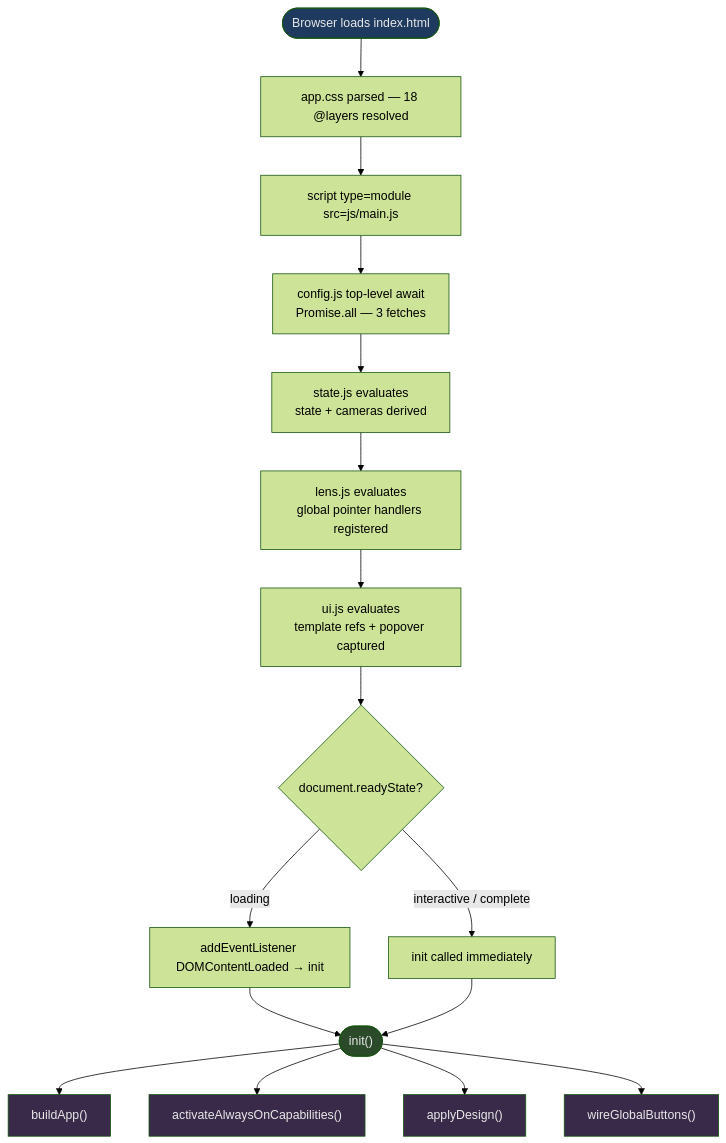
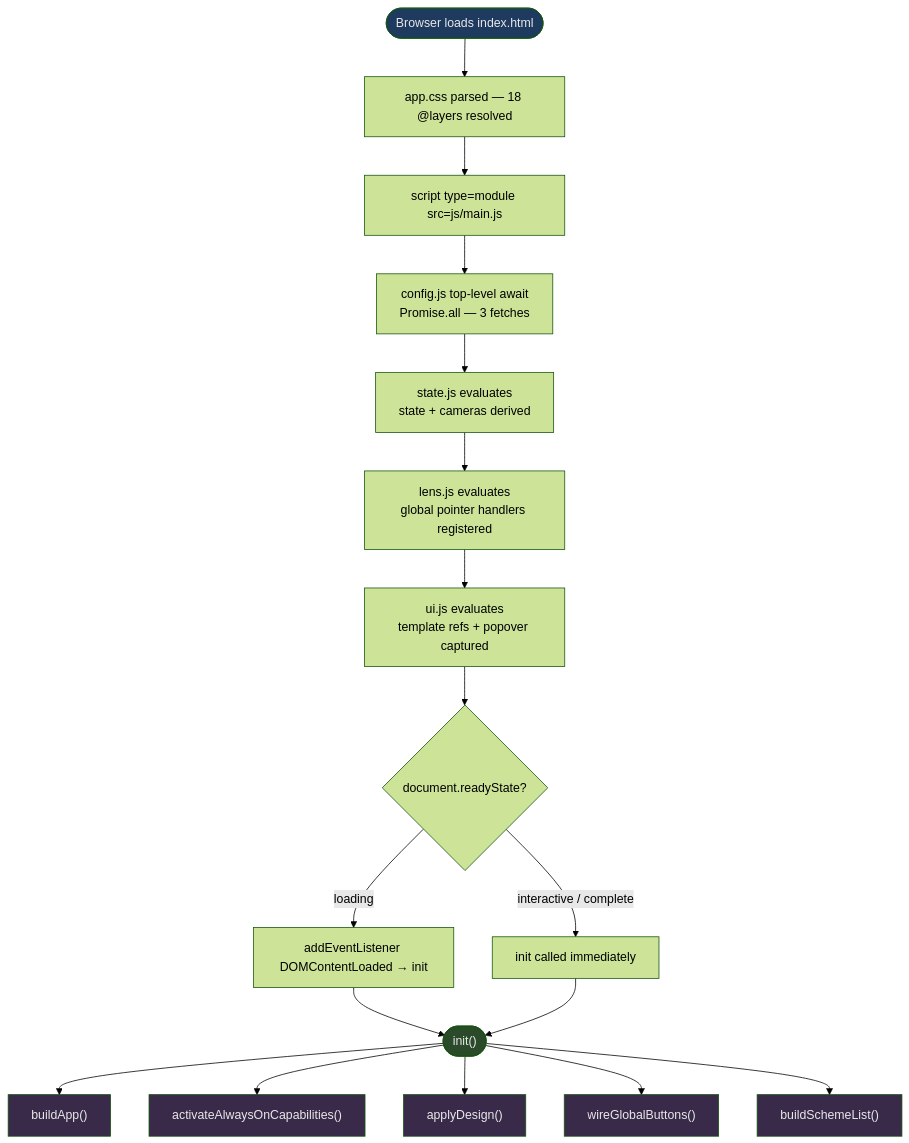
Before and after one commit to closetgeekshow/scheme-mixer: the first of 18 diagrams in docs/DIAGRAMS.md, drawn with Mermaid (forest theme). The commit also changed other lines of this file, not shown here.

Commit message:
diagrams fixed

````diff
--- a/docs/DIAGRAMS.md
+++ b/docs/DIAGRAMS.md
@@ -9,25 +9,27 @@
 ```mermaid
 flowchart TD
     A(["Browser loads index.html"]) --> B["app.css parsed — 18 @layers resolved"]
     B --> C["script type=module src=js/main.js"]
     C --> D["config.js top-level await<br/>Promise.all — 3 fetches"]
     D --> E["state.js evaluates<br/>state + cameras derived"]
     E --> F["lens.js evaluates<br/>global pointer handlers registered"]
     F --> G["ui.js evaluates<br/>template refs + popover captured"]
     G --> H{"document.readyState?"}
     H -->|"loading"| I["addEventListener DOMContentLoaded → init"]
     H -->|"interactive / complete"| J["init called immediately"]
     I --> K(["init()"])
     J --> K
     K --> L["buildApp()"]
     K --> M["activateAlwaysOnCapabilities()"]
     K --> N["applyDesign()"]
     K --> O["wireGlobalButtons()"]
+    K --> P["buildSchemeList()"]
 
     style A fill:#1e3a5f,color:#e8e8e8
     style K fill:#2a4a2a,color:#e8e8e8
     style L fill:#3a2a4a,color:#e8e8e8
     style M fill:#3a2a4a,color:#e8e8e8
     style N fill:#3a2a4a,color:#e8e8e8
     style O fill:#3a2a4a,color:#e8e8e8
+    style P fill:#3a2a4a,color:#e8e8e8
 ```
````
